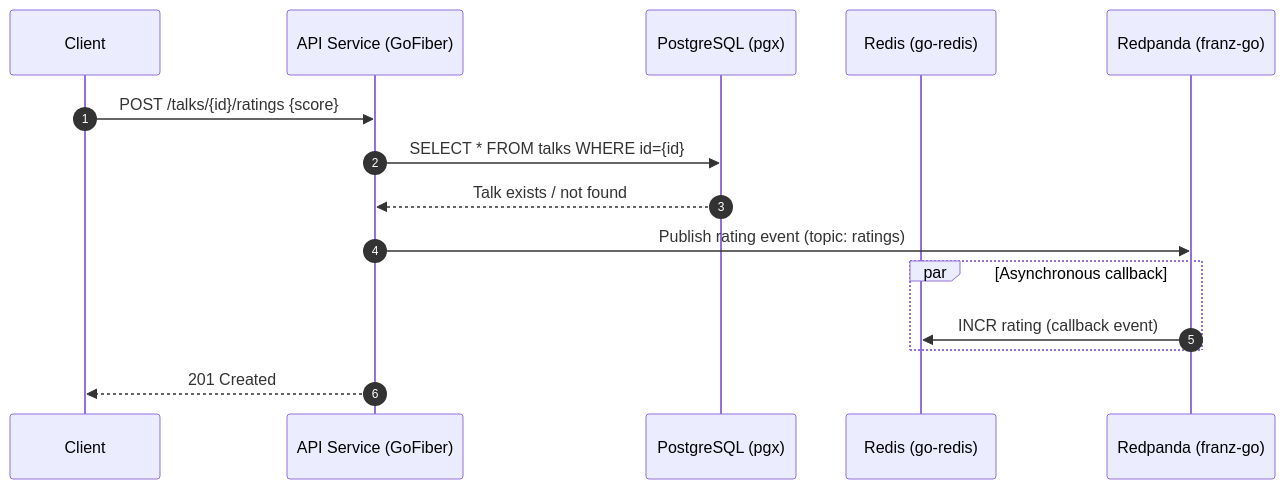
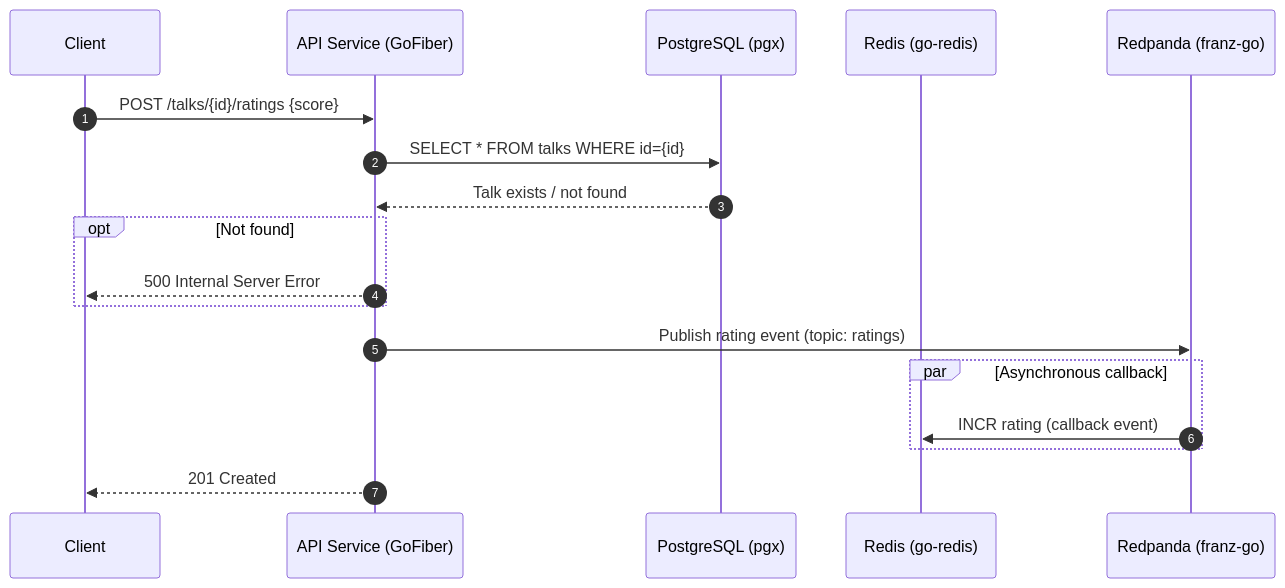
The second of 4 diagrams in step-2-exploring-the-app.md (testcontainers/workshop-go), drawn with Mermaid before and after one commit. The commit also changed other lines of this file, not shown here.

Commit message:
docs: add error when talk is not found

````diff
--- a/step-2-exploring-the-app.md
+++ b/step-2-exploring-the-app.md
@@ -79,18 +79,21 @@
 ```mermaid
 sequenceDiagram
   participant Client as Client
   participant API as API Service (GoFiber)
   participant PG as PostgreSQL (pgx)
   participant RD as Redis (go-redis)
   participant RP as Redpanda (franz-go)
 
   autonumber
   Client ->> API: POST /talks/{id}/ratings {score}
   API ->> PG: SELECT * FROM talks WHERE id={id}
   PG -->> API: Talk exists / not found
+  opt Not found
+    API -->> Client: 500 Internal Server Error
+  end
   API ->> RP: Publish rating event (topic: ratings)
   par Asynchronous callback
     RP ->> RD: INCR rating (callback event)
   end
   API -->> Client: 201 Created
 ```
````
